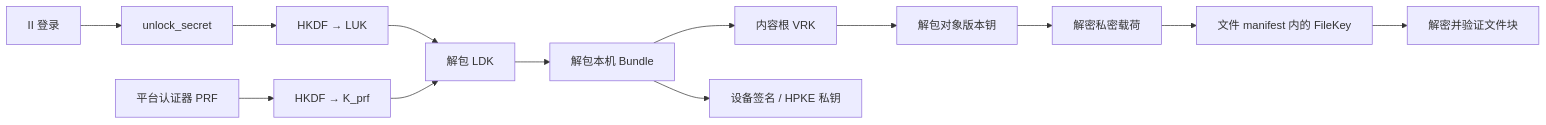
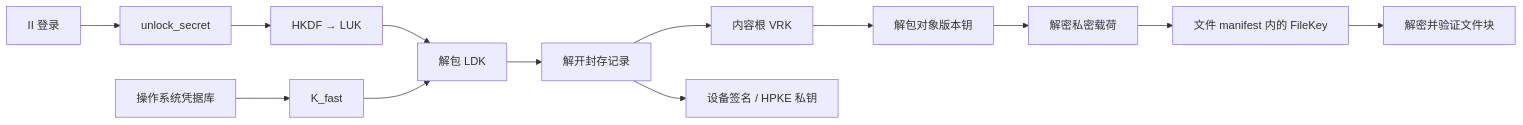
Before and after one commit to ldclabs/ic-panda: the diagram in docs/dmsg_encryption_zh.md, drawn with Mermaid. The commit also changed other lines of this file and 259 other files, not shown here.

````diff
--- a/docs/dmsg_encryption_zh.md
+++ b/docs/dmsg_encryption_zh.md
@@ -66,15 +67,15 @@
 ```mermaid
 flowchart LR
   II[II 登录] --> S[unlock_secret]
   S --> L[HKDF → LUK]
-  PRF[平台认证器 PRF] --> KP[HKDF → K_prf]
+  OS[操作系统凭据库] --> KP[K_fast]
   L --> D[解包 LDK]
   KP --> D
-  D --> B[解包本机 Bundle]
+  D --> B[解开封存记录]
   B --> R[内容根 VRK]
   B --> K[设备签名 / HPKE 私钥]
   R --> V[解包对象版本钥]
   V --> C[解密私密载荷]
   C --> F[文件 manifest 内的 FileKey]
   F --> X[解密并验证文件块]
 ```
````
